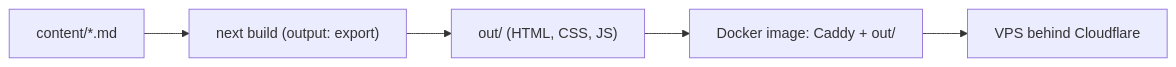
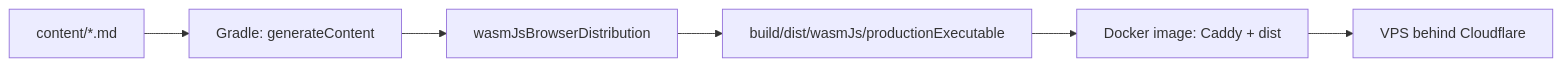
The diagram in docs/dev.md (castlele/castle-dot-dev), drawn with Mermaid before and after one commit. The commit also changed other lines of this file and 71 other files, not shown here.

````diff
--- a/docs/dev.md
+++ b/docs/dev.md
@@ -46,7 +46,8 @@
 ```mermaid
 flowchart LR
-    MD["content/*.md"] --> Build["next build (output: export)"]
-    Build --> Out["out/ (HTML, CSS, JS)"]
-    Out --> Image["Docker image: Caddy + out/"]
+    MD["content/*.md"] --> Gen["Gradle: generateContent"]
+    Gen --> Build["wasmJsBrowserDistribution"]
+    Build --> Out["build/dist/wasmJs/productionExecutable"]
+    Out --> Image["Docker image: Caddy + dist"]
     Image --> VPS["VPS behind Cloudflare"]
 ```
````
